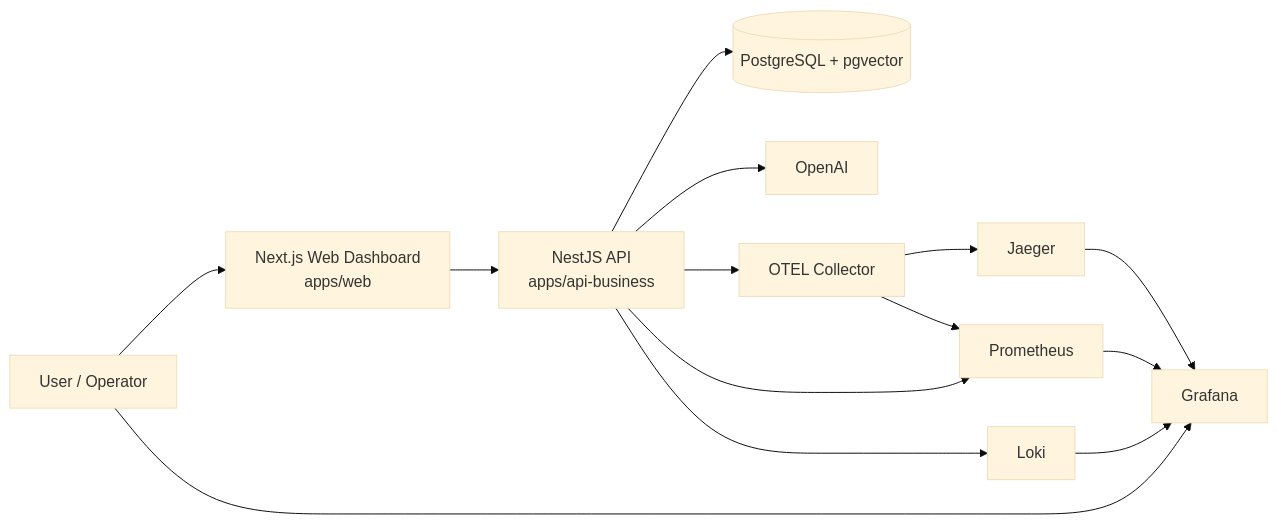
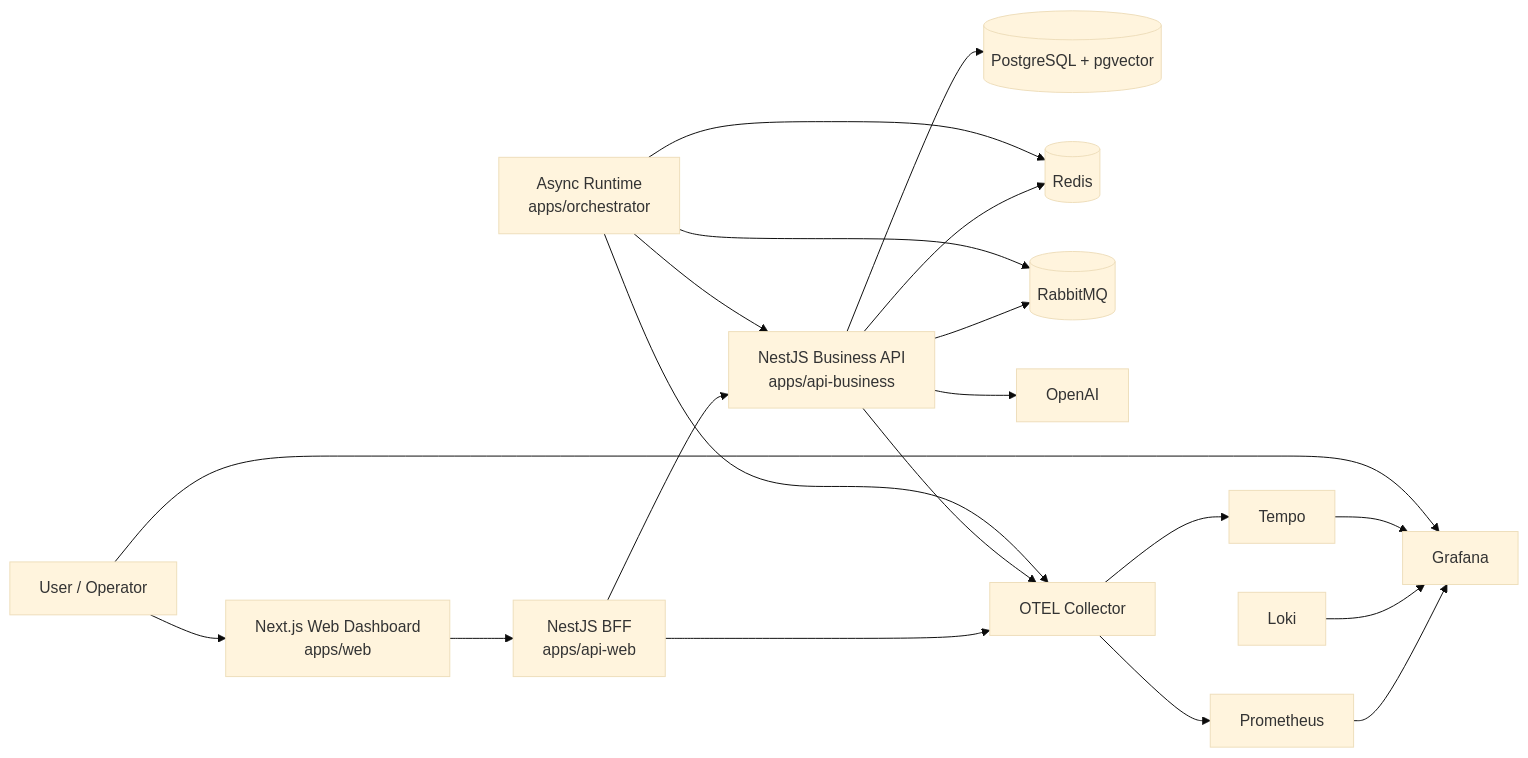
Before and after one commit to CiceroDeveloper01/rag-platform: the diagram in docs/c4/container-diagram.md, drawn with Mermaid (base theme). The commit also changed other lines of this file and 111 other files, not shown here.

Commit message:
refactor: harden async ingestion, deployment readiness, and architecture docs

````diff
--- a/docs/c4/container-diagram.md
+++ b/docs/c4/container-diagram.md
@@ -9,32 +9,42 @@
 ```mermaid
 flowchart LR
     User[User / Operator]
 
     Web[Next.js Web Dashboard\napps/web]
-    Api[NestJS API\napps/api-business]
+    ApiWeb[NestJS BFF\napps/api-web]
+    ApiBusiness[NestJS Business API\napps/api-business]
+    Orchestrator[Async Runtime\napps/orchestrator]
     Db[(PostgreSQL + pgvector)]
+    Redis[(Redis)]
+    Rabbit[(RabbitMQ)]
     OpenAI[OpenAI]
 
     Prom[Prometheus]
     Graf[Grafana]
     Loki[Loki]
-    Jaeger[Jaeger]
+    Tempo[Tempo]
     OTel[OTEL Collector]
 
     User --> Web
-    Web --> Api
-    Api --> Db
-    Api --> OpenAI
+    Web --> ApiWeb
+    ApiWeb --> ApiBusiness
+    ApiBusiness --> Db
+    ApiBusiness --> Redis
+    ApiBusiness --> Rabbit
+    ApiBusiness --> OpenAI
+    Orchestrator --> Rabbit
+    Orchestrator --> Redis
+    Orchestrator --> ApiBusiness
 
-    Api --> OTel
-    Api --> Prom
-    Api --> Loki
+    ApiWeb --> OTel
+    ApiBusiness --> OTel
+    Orchestrator --> OTel
 
-    OTel --> Jaeger
+    OTel --> Tempo
     OTel --> Prom
     Prom --> Graf
     Loki --> Graf
-    Jaeger --> Graf
+    Tempo --> Graf
 
     User --> Graf
 ```
````
